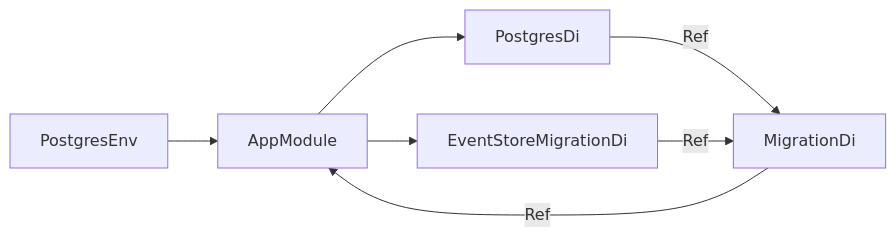
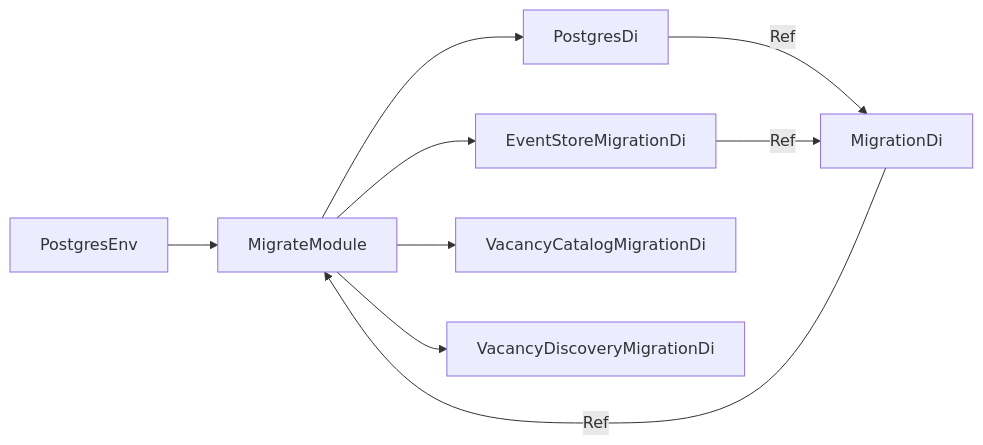
The diagram in backend/src/README.md (vendelev/async-job-search), drawn with Mermaid before and after one commit. The commit also changed other lines of this file and 3 other files, not shown here.

````diff
--- a/backend/src/README.md
+++ b/backend/src/README.md
@@ -9,9 +15,11 @@
 ```mermaid
 flowchart LR
-    Config[PostgresEnv] --> AppModule
-    AppModule --> PostgresDi
+    Config[PostgresEnv] --> MigrateModule
+    MigrateModule --> PostgresDi
     PostgresDi -->|Ref<PostgresDatabase>| MigrationDi
-    AppModule --> EventStoreMigrationDi
+    MigrateModule --> EventStoreMigrationDi
     EventStoreMigrationDi -->|Ref<MigrationProvider>| MigrationDi
-    MigrationDi -->|Ref<MigrateCommand>| AppModule
+    MigrateModule --> VacancyCatalogMigrationDi
+    MigrateModule --> VacancyDiscoveryMigrationDi
+    MigrationDi -->|Ref<MigrateCommand>| MigrateModule
 ```
````
